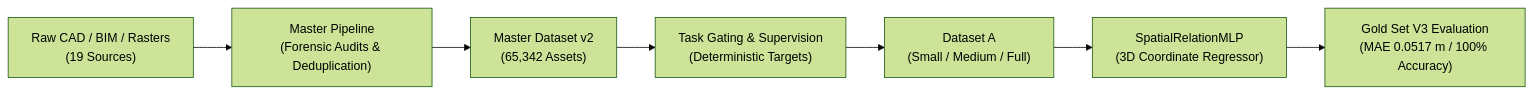
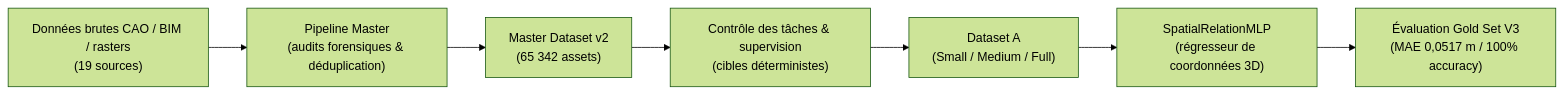
One commit to EncoreZaan/AXIS changed the diagram in README.md. Above: the diagram before and after it, drawn with Mermaid (forest theme). The commit also changed other lines of this file and 16 other files, not shown here.

````diff
--- a/README.md
+++ b/README.md
@@ -142,9 +147,9 @@
 ```mermaid
 flowchart LR
-    A["Raw CAD / BIM / Rasters<br/>(19 Sources)"] --> B["Master Pipeline<br/>(Forensic Audits & Deduplication)"]
-    B --> C["Master Dataset v2<br/>(65,342 Assets)"]
-    C --> D["Task Gating & Supervision<br/>(Deterministic Targets)"]
+    A["Données brutes CAO / BIM / rasters<br/>(19 sources)"] --> B["Pipeline Master<br/>(audits forensiques & déduplication)"]
+    B --> C["Master Dataset v2<br/>(65 342 assets)"]
+    C --> D["Contrôle des tâches & supervision<br/>(cibles déterministes)"]
     D --> E["Dataset A<br/>(Small / Medium / Full)"]
-    E --> F["SpatialRelationMLP<br/>(3D Coordinate Regressor)"]
-    F --> G["Gold Set V3 Evaluation<br/>(MAE 0.0517 m / 100% Accuracy)"]
+    E --> F["SpatialRelationMLP<br/>(régresseur de coordonnées 3D)"]
+    F --> G["Évaluation Gold Set V3<br/>(MAE 0,0517 m / 100% accuracy)"]
 ```
````
